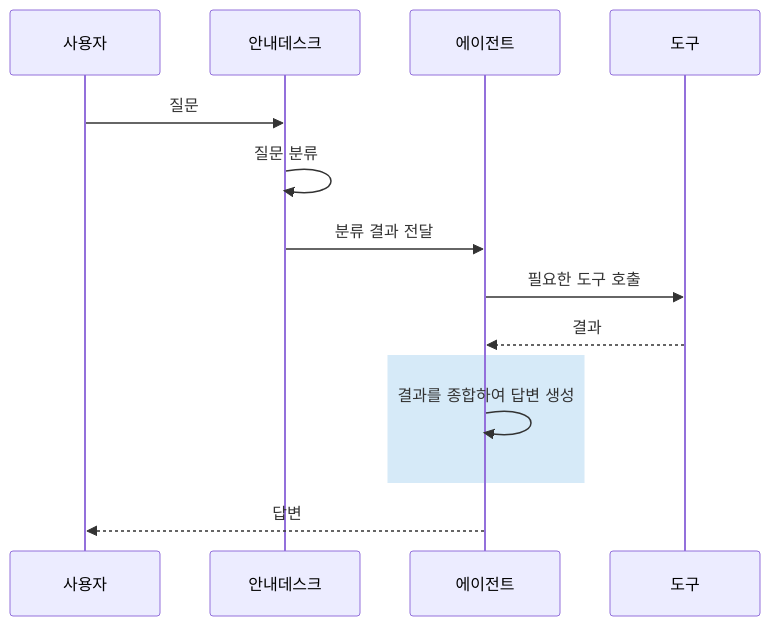
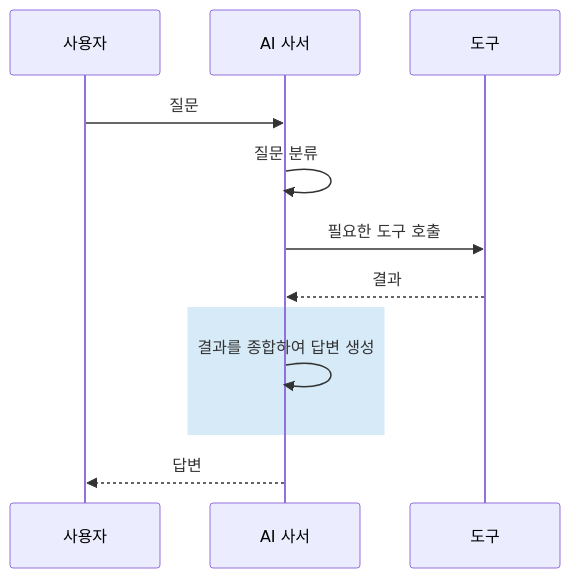
One commit to edu-openskill/lecture-book-workflow changed the fourth of 4 diagrams in projects/사내AI비서_v2/chapters/06-연차도-규정도-한번에.md. Above: the diagram before and after it, drawn with Mermaid. The commit also changed other lines of this file, not shown here.

First line of the commit message:
feat: CH06 비유 전환 — 안내데스크 → AI 사서

````diff
--- a/projects/사내AI비서_v2/chapters/06-연차도-규정도-한번에.md
+++ b/projects/사내AI비서_v2/chapters/06-연차도-규정도-한번에.md
@@ -719,12 +710,11 @@
 ```mermaid
 sequenceDiagram
-    사용자->>안내데스크: 질문
-    안내데스크->>안내데스크: 질문 분류
-    안내데스크->>에이전트: 분류 결과 전달
-    에이전트->>도구: 필요한 도구 호출
-    도구-->>에이전트: 결과
+    사용자->>AI 사서: 질문
+    AI 사서->>AI 사서: 질문 분류
+    AI 사서->>도구: 필요한 도구 호출
+    도구-->>AI 사서: 결과
     rect rgb(214, 234, 248)
-        에이전트->>에이전트: 결과를 종합하여 답변 생성
+        AI 사서->>AI 사서: 결과를 종합하여 답변 생성
     end
-    에이전트-->>사용자: 답변
+    AI 사서-->>사용자: 답변
 ```
````
